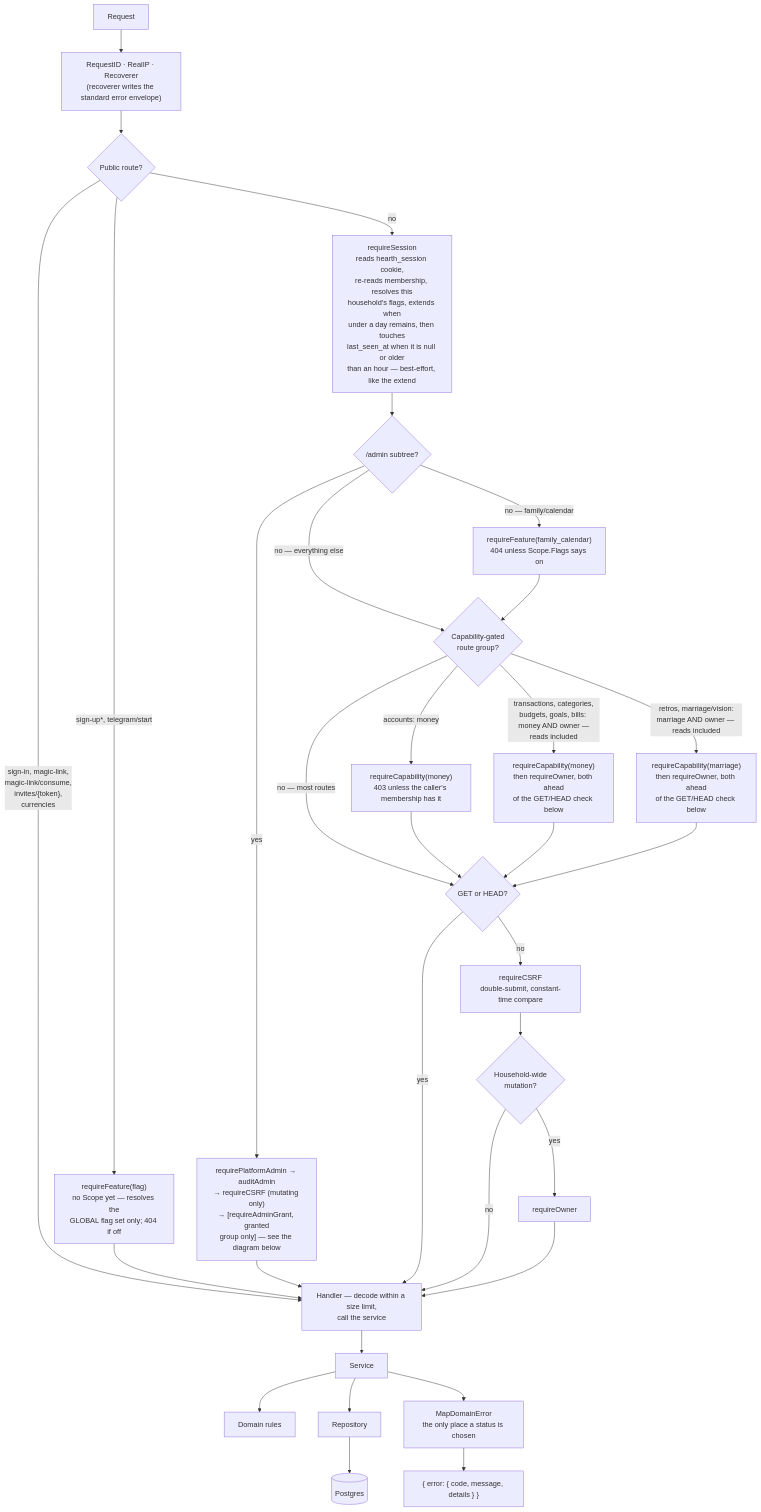
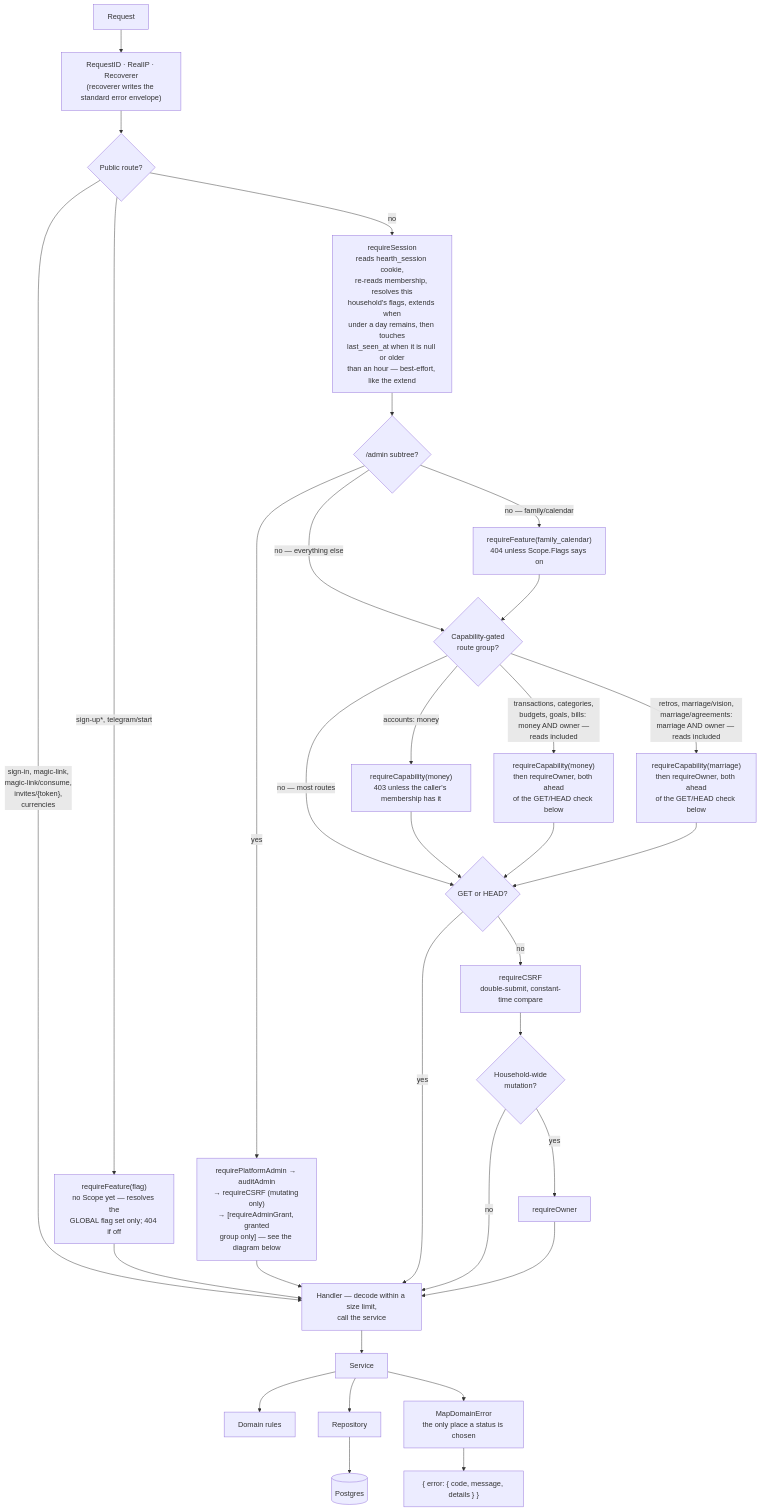
Before and after one commit to oandrz/Household: the fourth of 20 diagrams in docs/SYSTEM_DESIGN.md, drawn with Mermaid. The commit also changed other lines of this file and 108 other files, not shown here.

````diff
--- a/docs/SYSTEM_DESIGN.md
+++ b/docs/SYSTEM_DESIGN.md
@@ -800,39 +811,39 @@
 ```mermaid
 graph TD
     Req["Request"] --> RID["RequestID · RealIP · Recoverer<br/>(recoverer writes the standard error envelope)"]
     RID --> Public{"Public route?"}
 
     Public -->|"sign-in, magic-link,<br/>magic-link/consume,<br/>invites/{token},<br/>currencies"| Handler
     Public -->|"sign-up*, telegram/start"| PublicFeature["requireFeature(flag)<br/>no Scope yet — resolves the<br/>GLOBAL flag set only; 404 if off"]
     PublicFeature --> Handler
     Public -->|no| Session["requireSession<br/>reads hearth_session cookie,<br/>re-reads membership, resolves this<br/>household's flags, extends when<br/>under a day remains, then touches<br/>last_seen_at when it is null or older<br/>than an hour — best-effort, like the extend"]
 
     Session --> RouteKind{"/admin subtree?"}
     RouteKind -->|yes| AdminChain["requirePlatformAdmin → auditAdmin<br/>→ requireCSRF (mutating only)<br/>→ [requireAdminGrant, granted<br/>group only] — see the diagram below"]
     AdminChain --> Handler
     RouteKind -->|"no — family/calendar"| RequireFeature["requireFeature(family_calendar)<br/>404 unless Scope.Flags says on"]
     RouteKind -->|"no — everything else"| Cap{"Capability-gated<br/>route group?"}
     RequireFeature --> Cap
 
     Cap -->|"accounts: money"| RequireCap["requireCapability(money)<br/>403 unless the caller's membership has it"]
     Cap -->|"transactions, categories,<br/>budgets, goals, bills: money AND owner —<br/>reads included"| RequireCapTxn["requireCapability(money)<br/>then requireOwner, both ahead<br/>of the GET/HEAD check below"]
-    Cap -->|"retros, marriage/vision:<br/>marriage AND owner — reads included"| RequireCapRetro["requireCapability(marriage)<br/>then requireOwner, both ahead<br/>of the GET/HEAD check below"]
+    Cap -->|"retros, marriage/vision,<br/>marriage/agreements:<br/>marriage AND owner — reads included"| RequireCapRetro["requireCapability(marriage)<br/>then requireOwner, both ahead<br/>of the GET/HEAD check below"]
     Cap -->|"no — most routes"| Safe{"GET or HEAD?"}
     RequireCap --> Safe
     RequireCapTxn --> Safe
     RequireCapRetro --> Safe
     Safe -->|yes| Handler
     Safe -->|no| CSRF["requireCSRF<br/>double-submit, constant-time compare"]
 
     CSRF --> Owner{"Household-wide<br/>mutation?"}
     Owner -->|yes| RequireOwner["requireOwner"]
     Owner -->|no| Handler
     RequireOwner --> Handler
 
     Handler["Handler — decode within a size limit,<br/>call the service"] --> Service["Service"]
     Service --> Domain["Domain rules"]
     Service --> Repo["Repository"]
     Repo --> DB[("Postgres")]
     Service --> MapErr["MapDomainError<br/>the only place a status is chosen"]
     MapErr --> Resp["{ error: { code, message, details } }"]
 ```
````
